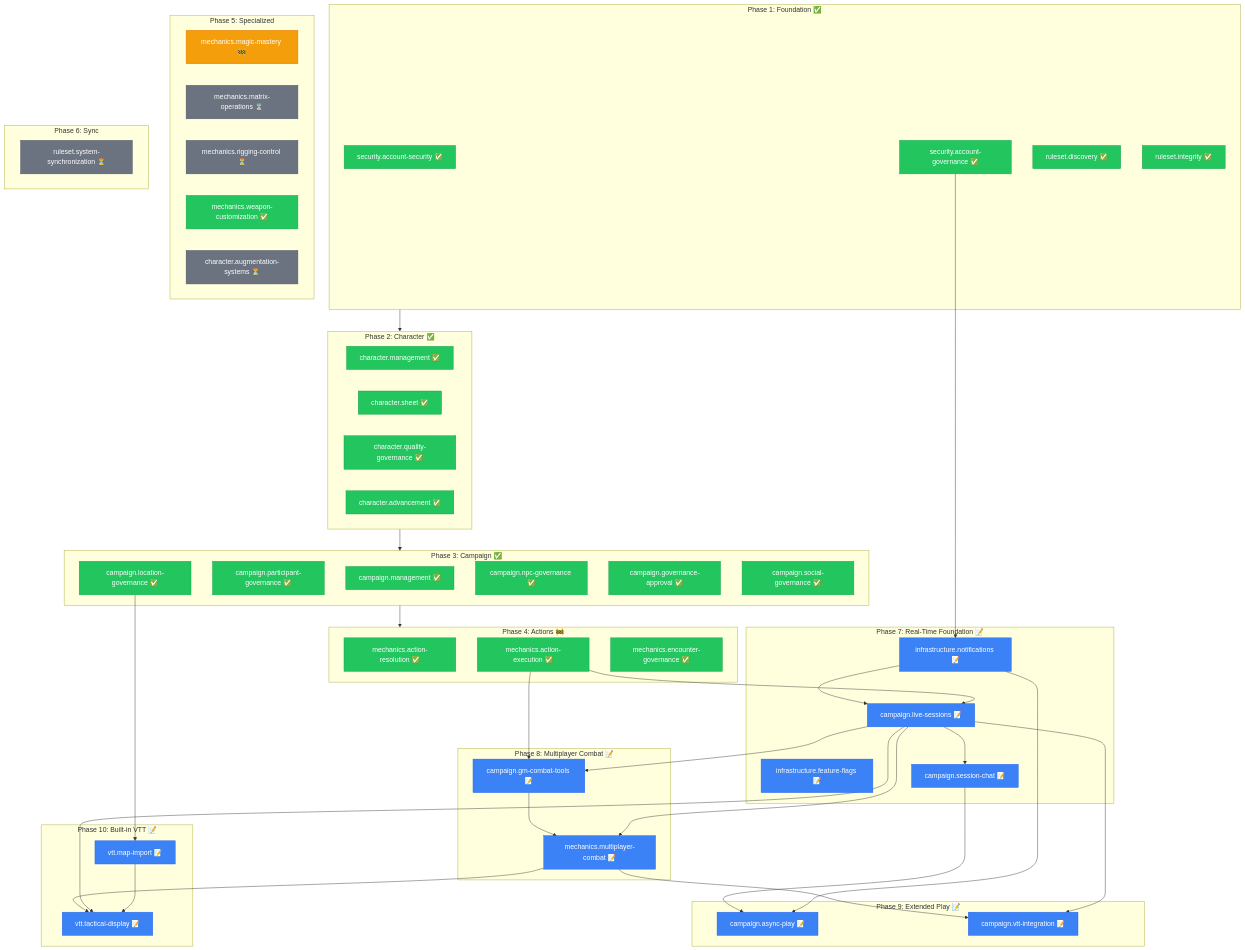
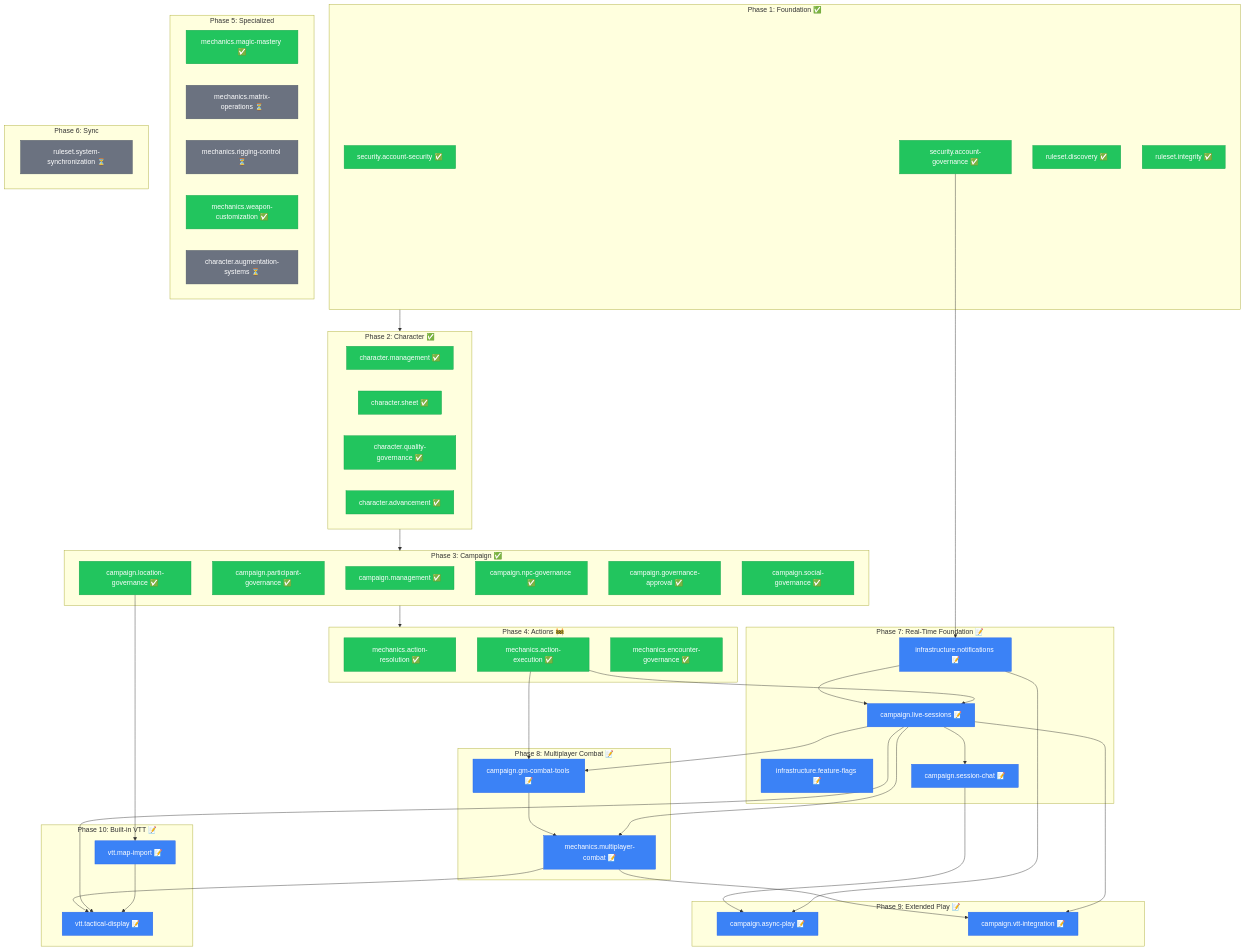
Before and after one commit to Jasrags/ShadowMaster: the diagram in docs/capabilities/README.md, drawn with Mermaid. The commit also changed other lines of this file, not shown here.

First line of the commit message:
docs: mark Magic Mastery as complete in capability registry

````diff
--- a/docs/capabilities/README.md
+++ b/docs/capabilities/README.md
@@ -420,7 +420,7 @@
     end
 
     subgraph Phase5["Phase 5: Specialized"]
-        mech_magic["mechanics.magic-mastery 🚧"]
+        mech_magic["mechanics.magic-mastery ✅"]
         mech_matrix["mechanics.matrix-operations ⏳"]
         mech_rigging["mechanics.rigging-control ⏳"]
         mech_weapon["mechanics.weapon-customization ✅"]
@@ -492,8 +492,7 @@
     classDef pending fill:#6b7280,stroke:#4b5563,color:#fff
     classDef draft fill:#3b82f6,stroke:#2563eb,color:#fff
 
-    class sec_security,sec_governance,rule_discovery,rule_integrity,char_mgmt,char_sheet,char_quality,char_advance,camp_mgmt,camp_participant,camp_location,camp_npc,camp_approval,camp_social,mech_resolution,mech_encounter,mech_weapon,mech_execution complete
+    class sec_security,sec_governance,rule_discovery,rule_integrity,char_mgmt,char_sheet,char_quality,char_advance,camp_mgmt,camp_participant,camp_location,camp_npc,camp_approval,camp_social,mech_resolution,mech_encounter,mech_weapon,mech_execution,mech_magic complete
     class mech_matrix,mech_rigging,char_augment,rule_sync pending
-    class mech_magic inProgress
     class camp_live,camp_chat,camp_gm,mech_multi,camp_async,camp_vtt,vtt_import,vtt_display,infra_notify,infra_flags draft
 ```
````
